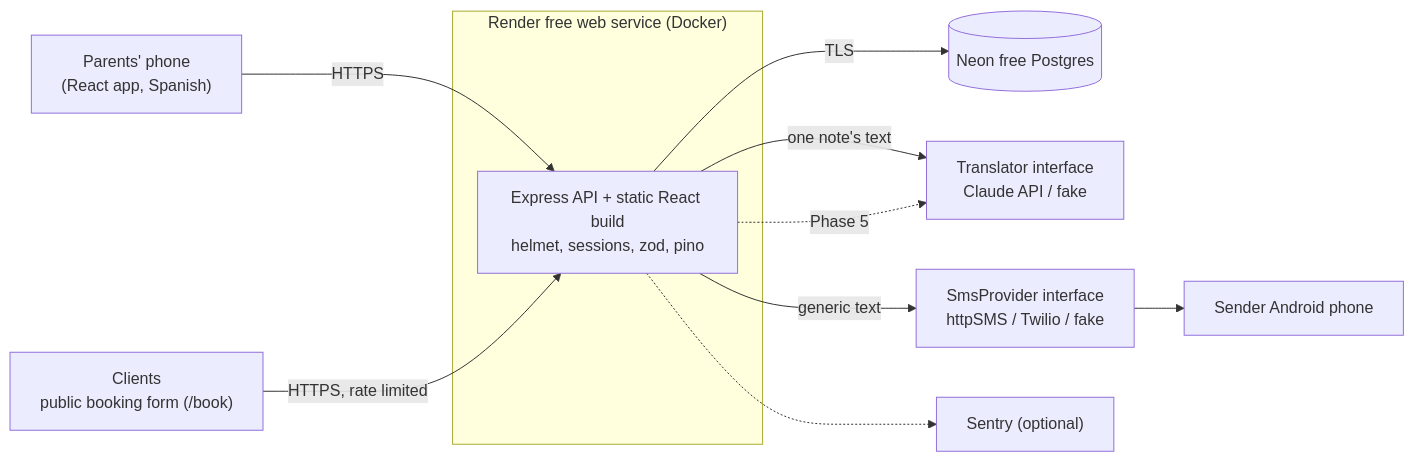
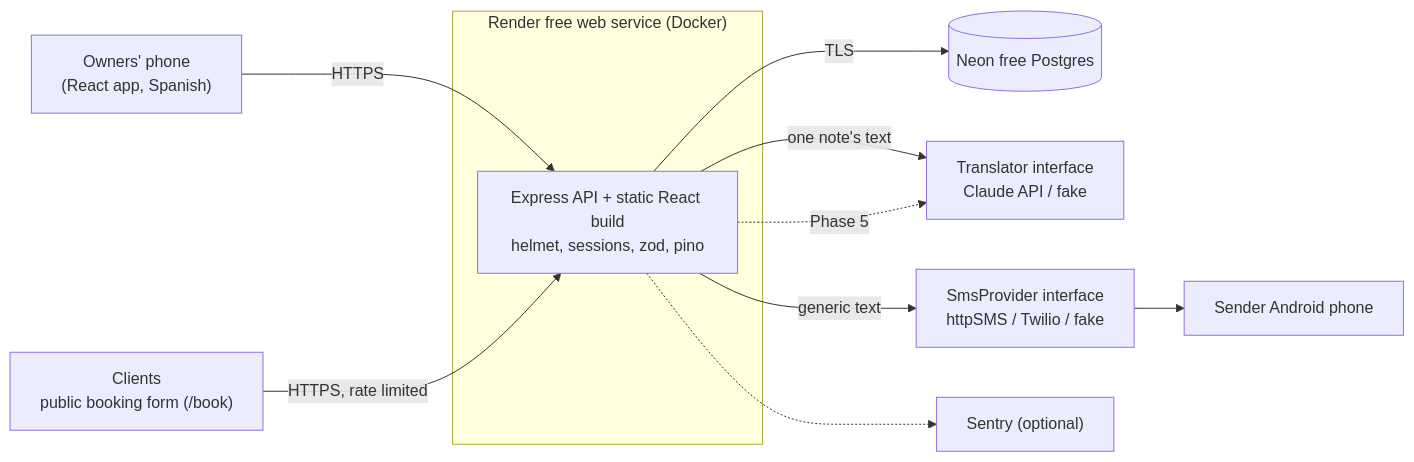
One commit to Barrientosgers/anyger-housekeeping changed the first of 2 diagrams in docs/architecture.md. Above: the diagram before and after it, drawn with Mermaid. The commit also changed other lines of this file and 11 other files, not shown here.

````diff
--- a/docs/architecture.md
+++ b/docs/architecture.md
@@ -7,14 +7,14 @@
 ```mermaid
 flowchart LR
-  P["Parents' phone<br/>(React app, Spanish)"] -->|HTTPS| S
+  P["Owners' phone<br/>(React app, Spanish)"] -->|HTTPS| S
   C["Clients<br/>public booking form (/book)"] -->|HTTPS, rate limited| S
   subgraph Render["Render free web service (Docker)"]
     S["Express API + static React build<br/>helmet, sessions, zod, pino"]
   end
   S -->|TLS| DB[("Neon free Postgres")]
   S -->|one note's text| TR["Translator interface<br/>Cloudflare / Claude / fake"]
   S -->|generic text| SMS["SmsProvider interface<br/>httpSMS / Twilio / fake"]
   SMS --> PH["Sender Android phone"]
   S -. "Phase 5" .-> TR["Translator interface<br/>Claude API / fake"]
   S -.-> SE["Sentry (optional)"]
 ```
````
